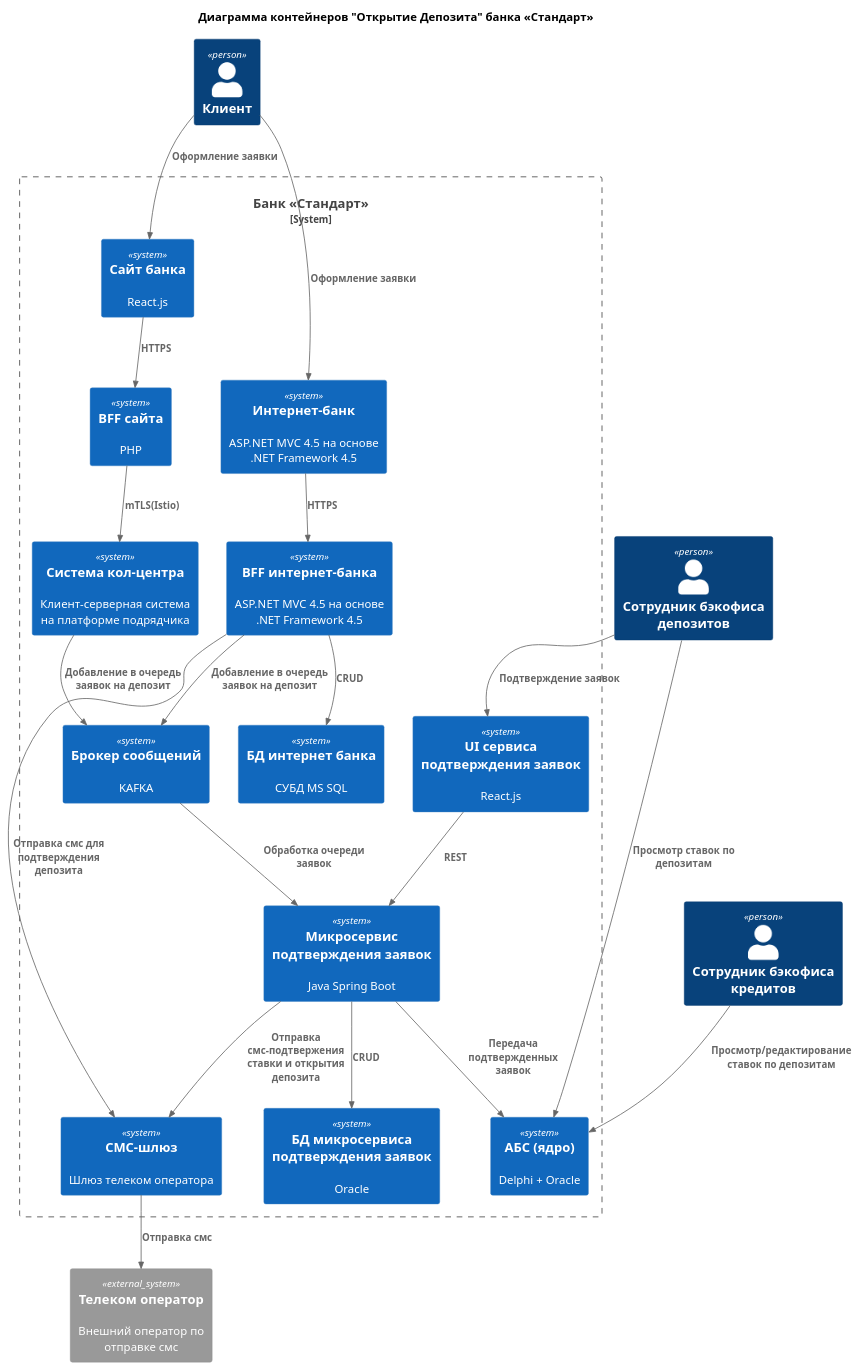
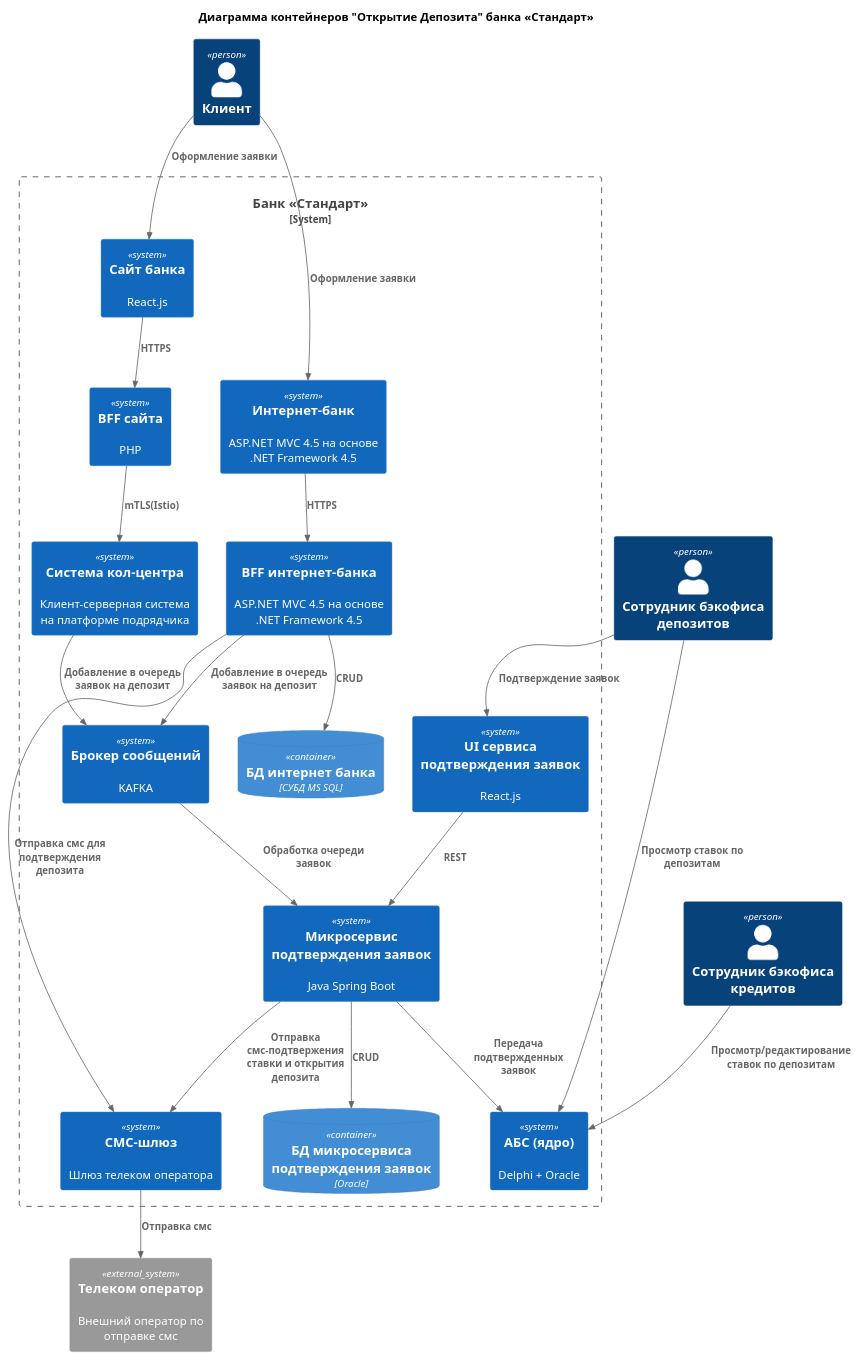
Before and after one commit to kanya384/architecture-pro-standart: the diagram in Task3/container.puml, drawn with PlantUML. The commit also changed 4 other files, not shown here.

```diff
--- a/Task3/container.puml
+++ b/Task3/container.puml
@@ -2,49 +2,49 @@
 @startuml
 title Диаграмма контейнеров "Открытие Депозита" банка «Стандарт»
 
 top to bottom direction
 
 !includeurl https://raw.githubusercontent.com/RicardoNiepel/C4-PlantUML/master/C4_Component.puml
 
 Person(client, "Клиент")
 Person(deposit_manager, "Сотрудник бэкофиса депозитов")
 Person(credit_manager, "Сотрудник бэкофиса кредитов")
 System_Ext(telecom, "Телеком оператор", "Внешний оператор по отправке смс")
 
 System_Boundary(StandartBankSystem, "Банк «Стандарт»") {
     System(abs, "АБС (ядро)", "Delphi + Oracle")
     System(site, "Сайт банка", "React.js")
     System(site_bff, "BFF сайта", "PHP")
     System(internet_bank, "Интернет-банк", "ASP.NET MVC 4.5 на основе .NET Framework 4.5")
     System(ib_bff_backend, "BFF интернет-банка", "ASP.NET MVC 4.5 на основе .NET Framework 4.5")
-    System(ib_database, "БД интернет банка", "СУБД MS SQL")
+    ContainerDb(ib_database, "БД интернет банка", "СУБД MS SQL")
     System(kafka, "Брокер сообщений", "KAFKA")
     System(approval_service_ui, "UI сервиса подтверждения заявок", "React.js")
     System(approval_service_bff, "Микросервис подтверждения заявок", "Java Spring Boot")
-    System(approval_service_bd, "БД микросервиса подтверждения заявок", "Oracle")
+    ContainerDb(approval_service_bd, "БД микросервиса подтверждения заявок", "Oracle")
 
 
     System(callcentr, "Система кол-центра", "Клиент-серверная система на платформе подрядчика")
     System(smsgateway, "СМС-шлюз", "Шлюз телеком оператора")
 
     Rel(client, site, "Оформление заявки")
     Rel(client, internet_bank, "Оформление заявки")
     Rel(site, site_bff, "HTTPS")
     Rel(internet_bank, ib_bff_backend, "HTTPS")
     Rel(ib_bff_backend, ib_database, "CRUD")
     Rel(site_bff, callcentr, "mTLS(Istio)")
     Rel(ib_bff_backend, smsgateway, "Отправка смс для подтверждения депозита")
     Rel(smsgateway, telecom, "Отправка смс")
     Rel(callcentr, kafka, "Добавление в очередь заявок на депозит")
     Rel(ib_bff_backend, kafka, "Добавление в очередь заявок на депозит")
     Rel(approval_service_ui, approval_service_bff, "REST")
     Rel(approval_service_bff, approval_service_bd, "CRUD")
     Rel(kafka, approval_service_bff, "Обработка очереди заявок")
     Rel(deposit_manager, approval_service_ui, "Подтверждение заявок")
     Rel(deposit_manager, abs, "Просмотр ставок по депозитам")
     Rel(credit_manager, abs, "Просмотр/редактирование ставок по депозитам")
     Rel(approval_service_bff, abs, "Передача подтвержденных заявок")
     Rel(approval_service_bff, smsgateway, "Отправка смс-подтвержения ставки и открытия депозита")
 }
 
 @enduml
```
